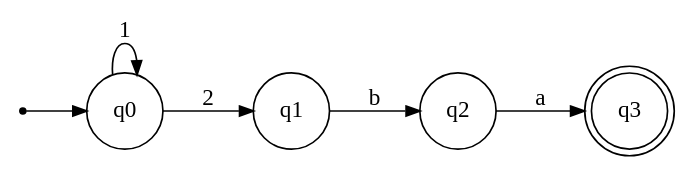
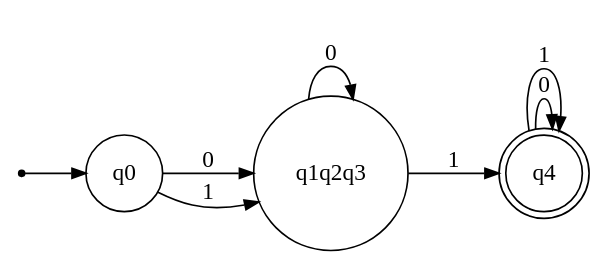
One commit to AliSheikhAttar/TheoryofLanguagesAndAutomata changed the diagram in Project1/Digraph.gv. Above: the diagram before and after it, drawn with Graphviz. The commit also changed 4 other files, not shown here.

```diff
--- a/Project1/Digraph.gv
+++ b/Project1/Digraph.gv
@@ -1,14 +1,15 @@
 digraph {
 	ranksep=0.5 size="(8, 8)"
 	rankdir=LR
 	Initial [label="" fontsize=14.0 shape=point]
 	q0 [fontsize=14.0 shape=circle]
-	q1 [fontsize=14.0 shape=circle]
-	q2 [fontsize=14.0 shape=circle]
-	q3 [fontsize=14.0 shape=doublecircle]
+	q1q2q3 [fontsize=14.0 shape=circle]
+	q4 [fontsize=14.0 shape=doublecircle]
 	Initial -> q0 [arrowsize=0.85]
-	q0 -> q0 [label=" 1 " arrowsize=0.85 fontsize=14.0]
-	q0 -> q1 [label=" 2 " arrowsize=0.85 fontsize=14.0]
-	q1 -> q2 [label=" b " arrowsize=0.85 fontsize=14.0]
-	q2 -> q3 [label=" a " arrowsize=0.85 fontsize=14.0]
+	q0 -> q1q2q3 [label=" 0 " arrowsize=0.85 fontsize=14.0]
+	q0 -> q1q2q3 [label=" 1 " arrowsize=0.85 fontsize=14.0]
+	q1q2q3 -> q1q2q3 [label=" 0 " arrowsize=0.85 fontsize=14.0]
+	q1q2q3 -> q4 [label=" 1 " arrowsize=0.85 fontsize=14.0]
+	q4 -> q4 [label=" 0 " arrowsize=0.85 fontsize=14.0]
+	q4 -> q4 [label=" 1 " arrowsize=0.85 fontsize=14.0]
 }
```
